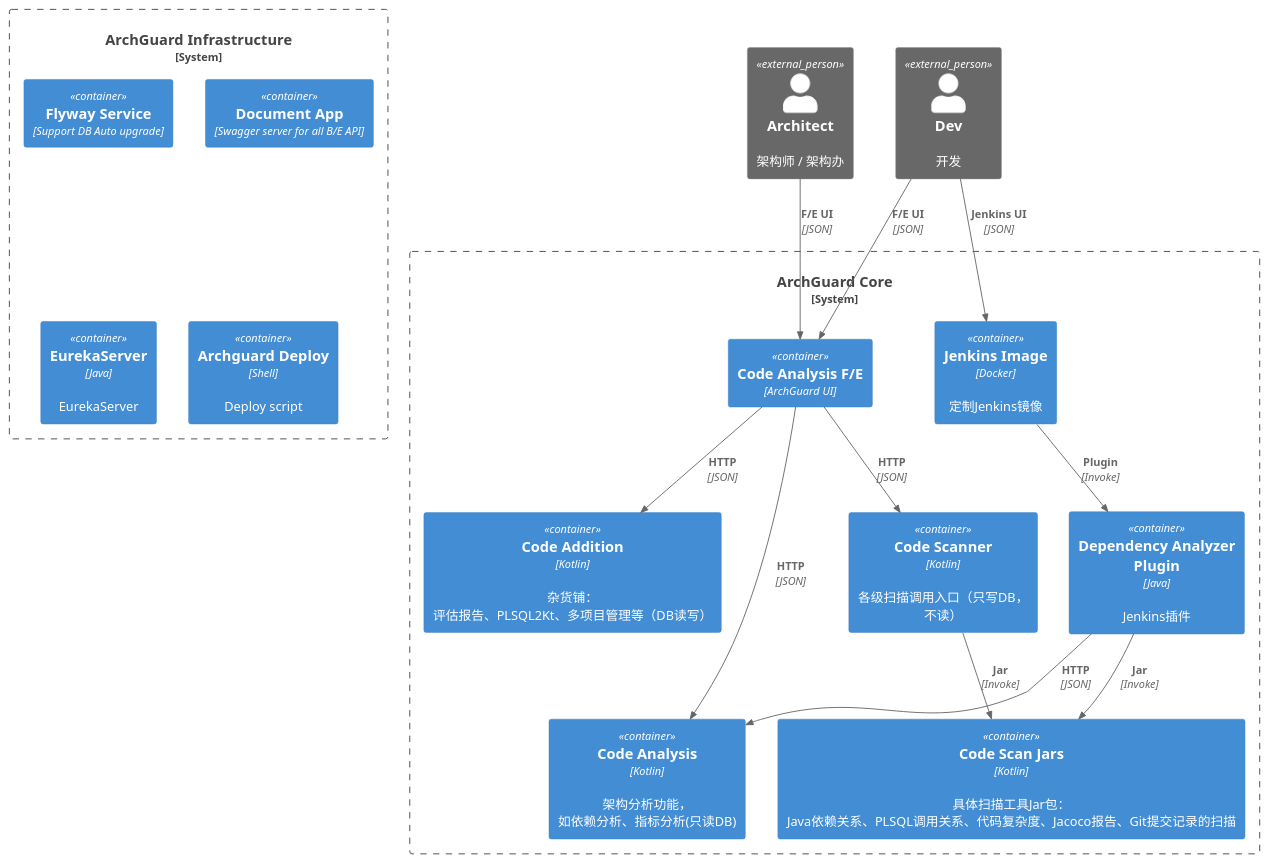
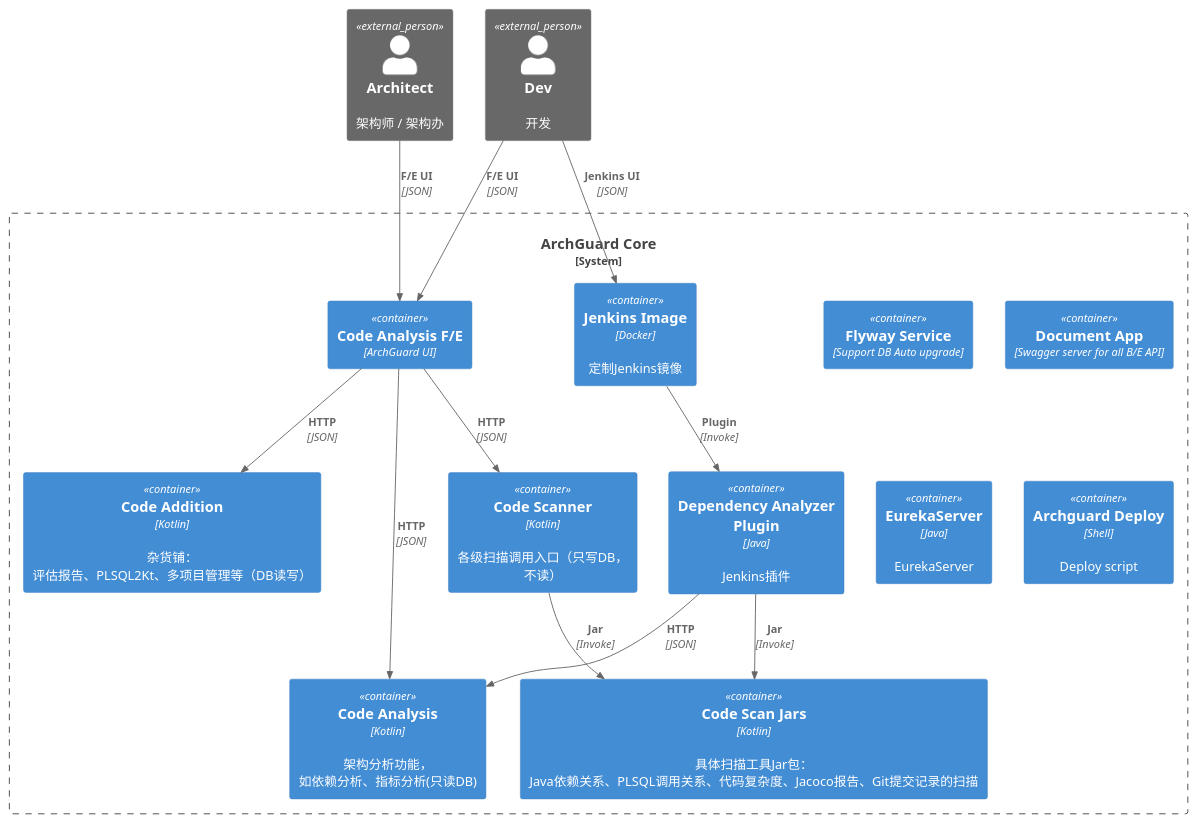
Before and after one commit to archguard/archguard.org: the diagram in diagram.puml, drawn with PlantUML.

```diff
--- a/diagram.puml
+++ b/diagram.puml
@@ -1,37 +1,33 @@
 @startuml
 !includeurl https://raw.githubusercontent.com/RicardoNiepel/C4-PlantUML/release/1-0/C4_Container.puml
 
 Person_Ext(user1, "Architect", "架构师 / 架构办")
 Person_Ext(user2, "Dev", "开发")
 
 System_Boundary(c1, "ArchGuard Core") {
     Container(codeAnalysisFE, "Code Analysis F/E", "ArchGuard UI")
     Container(codeAnalysisModule, "Code Analysis", "Kotlin", "架构分析功能，如依赖分析、指标分析(只读DB)")
     Container(codeScanner, "Code Scanner", "Kotlin", "各级扫描调用入口（只写DB，不读）")
     Container(codeScanTools , "Code Scan Jars", "Kotlin", "具体扫描工具Jar包：Java依赖关系、PLSQL调用关系、代码复杂度、Jacoco报告、Git提交记录的扫描")
     Container(codeAnalysisAddition, "Code Addition", "Kotlin", "杂货铺：评估报告、PLSQL2Kt、多项目管理等（DB读写）")
-  Container(jenkins, "Jenkins Image", "Docker","定制Jenkins镜像")
-  Container(dependencyAnalyzerPlugin, "Dependency Analyzer Plugin", "Java", "Jenkins插件")
+    Container(jenkins, "Jenkins Image", "Docker","定制Jenkins镜像")
+    Container(dependencyAnalyzerPlugin, "Dependency Analyzer Plugin", "Java", "Jenkins插件")
+    Container(flywayService, "Flyway Service", "Support DB Auto upgrade")
+    Container(documentApp, "Document App", "Swagger server for all B/E API")
+    Container(eurekaServer, "EurekaServer", "Java", "EurekaServer")  
+    Container(archguardDeploy, "Archguard Deploy", "Shell", "Deploy script")  
 }
-
-System_Boundary(c2, "ArchGuard Infrastructure") {
-  Container(flywayService, "Flyway Service", "Support DB Auto upgrade")
-  Container(documentApp, "Document App", "Swagger server for all B/E API")
-  Container(eurekaServer, "EurekaServer", "Java", "EurekaServer")  
-  Container(archguardDeploy, "Archguard Deploy", "Shell", "Deploy script")  
-}
-
 
 Rel(user1, codeAnalysisFE, "F/E UI", "JSON")
 Rel(user2, codeAnalysisFE, "F/E UI", "JSON")
 Rel(user2, jenkins, "Jenkins UI", "JSON")
 
 Rel(codeAnalysisFE, codeAnalysisModule, "HTTP", "JSON")
 Rel(codeAnalysisFE, codeScanner, "HTTP", "JSON")
 Rel(codeAnalysisFE, codeAnalysisAddition, "HTTP", "JSON")
 Rel(codeScanner, codeScanTools, "Jar", "Invoke")
 
 Rel(dependencyAnalyzerPlugin, codeScanTools, "Jar", "Invoke")
 Rel(dependencyAnalyzerPlugin, codeAnalysisModule, "HTTP", "JSON")
 Rel(jenkins, dependencyAnalyzerPlugin, "Plugin", "Invoke")
 @enduml
```
